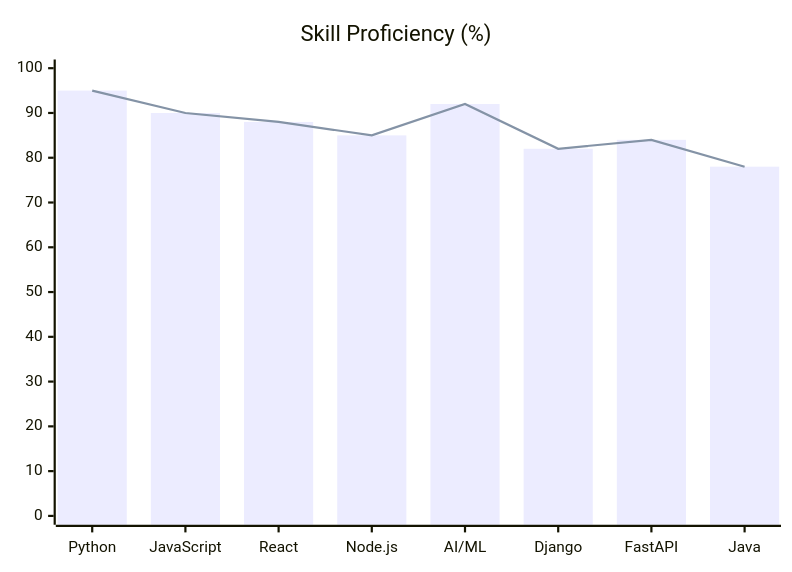
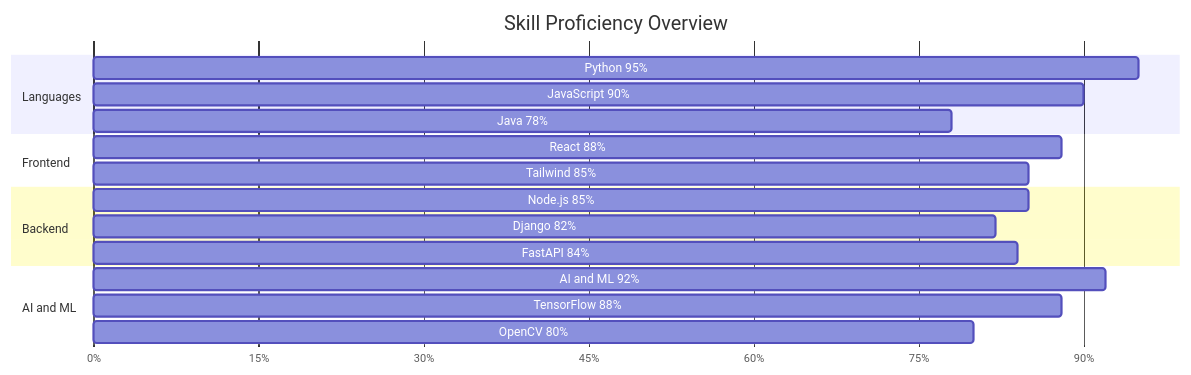
The third of 10 diagrams in README.md (Hamza-Kahloon786/Hamza-Kahloon786), drawn with Mermaid before and after one commit. The commit also changed other lines of this file and 23 other files, not shown here.

````diff
--- a/README.md
+++ b/README.md
@@ -101,8 +101,21 @@
 ```mermaid
-xychart-beta
-    title "Skill Proficiency (%)"
-    x-axis ["Python", "JavaScript", "React", "Node.js", "AI/ML", "Django", "FastAPI", "Java"]
-    y-axis 0 --> 100
-    bar [95, 90, 88, 85, 92, 82, 84, 78]
-    line [95, 90, 88, 85, 92, 82, 84, 78]
+gantt
+    title Skill Proficiency Overview
+    dateFormat X
+    axisFormat %s%%
+    section Languages
+    Python 95%       : 0, 95
+    JavaScript 90%   : 0, 90
+    Java 78%         : 0, 78
+    section Frontend
+    React 88%        : 0, 88
+    Tailwind 85%     : 0, 85
+    section Backend
+    Node.js 85%      : 0, 85
+    Django 82%       : 0, 82
+    FastAPI 84%      : 0, 84
+    section AI and ML
+    AI and ML 92%    : 0, 92
+    TensorFlow 88%   : 0, 88
+    OpenCV 80%       : 0, 80
 ```
````
